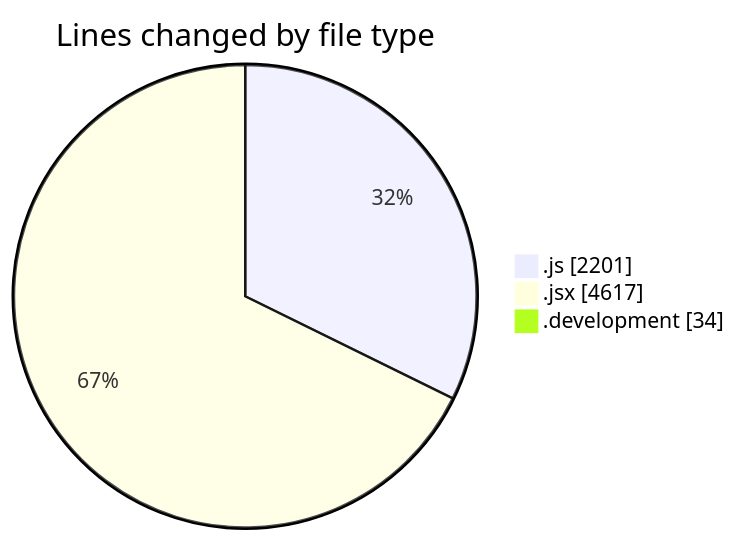
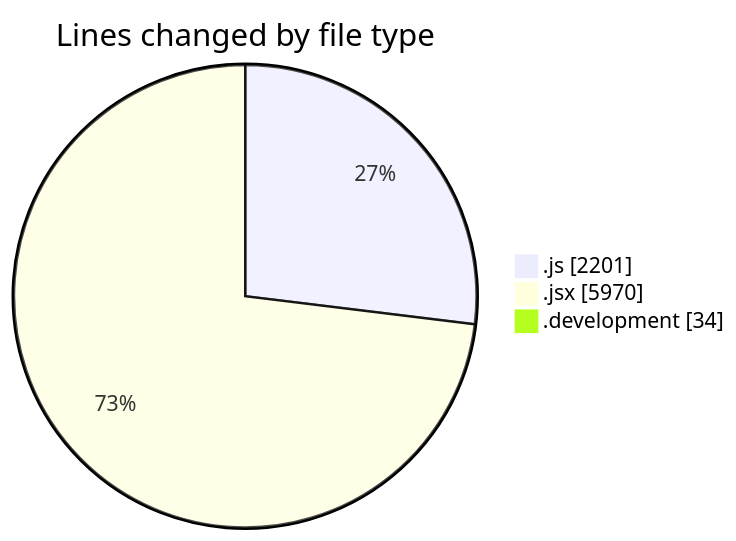
The first of 2 diagrams in 2025-09-18/nxtqube_webapp/README.md (nxtqubesakshisongat/code-tracking), drawn with Mermaid before and after one commit. The commit also changed other lines of this file and 1 other file, not shown here.

````diff
--- a/2025-09-18/nxtqube_webapp/README.md
+++ b/2025-09-18/nxtqube_webapp/README.md
@@ -37,7 +38,7 @@
 ```mermaid
 pie showData
 title Lines changed by file type
 ".js" : 2201
-".jsx" : 4617
+".jsx" : 5970
 ".development" : 34
 ```
````
